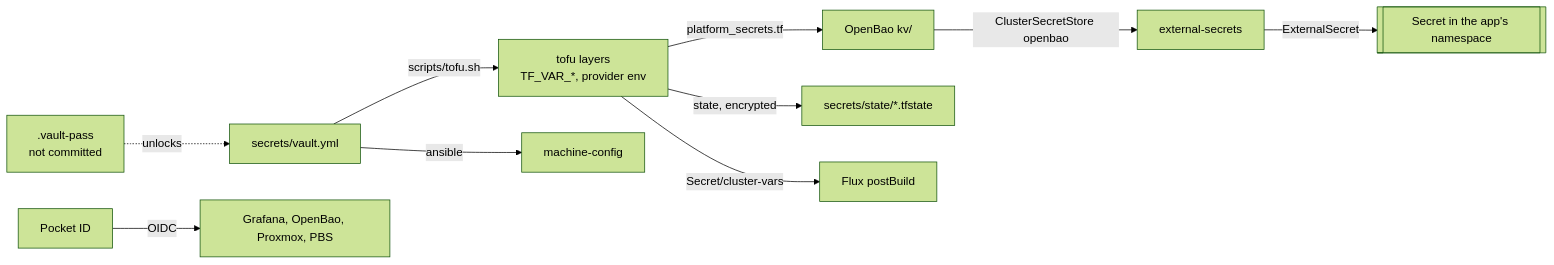
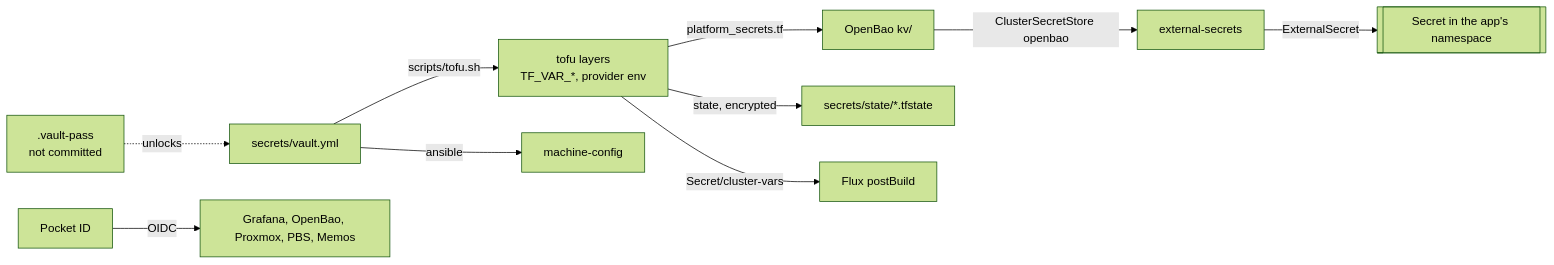
Before and after one commit to Sojamann/homelab: the diagram in docs/src/access.md, drawn with Mermaid (forest theme). The commit also changed other lines of this file and 16 other files, not shown here.

Commit message:
apps: memos note taking, Pocket ID SSO, attachments on the NAS

````diff
--- a/docs/src/access.md
+++ b/docs/src/access.md
@@ -13,12 +13,12 @@
 ```mermaid
 graph LR
   VP[".vault-pass<br/>not committed"] -.->|unlocks| V["secrets/vault.yml"]
   V -->|scripts/tofu.sh| L["tofu layers<br/>TF_VAR_*, provider env"]
   V -->|ansible| MC["machine-config"]
   L -->|platform_secrets.tf| BAO["OpenBao kv/"]
   L -->|state, encrypted| ST["secrets/state/*.tfstate"]
   L -->|Secret/cluster-vars| FLUX["Flux postBuild"]
   BAO -->|ClusterSecretStore openbao| ESO["external-secrets"]
   ESO -->|ExternalSecret| S[["Secret in the app's namespace"]]
-  PID["Pocket ID"] -->|OIDC| PEOPLE["Grafana, OpenBao, Proxmox, PBS"]
+  PID["Pocket ID"] -->|OIDC| PEOPLE["Grafana, OpenBao, Proxmox, PBS, Memos"]
 ```
````
